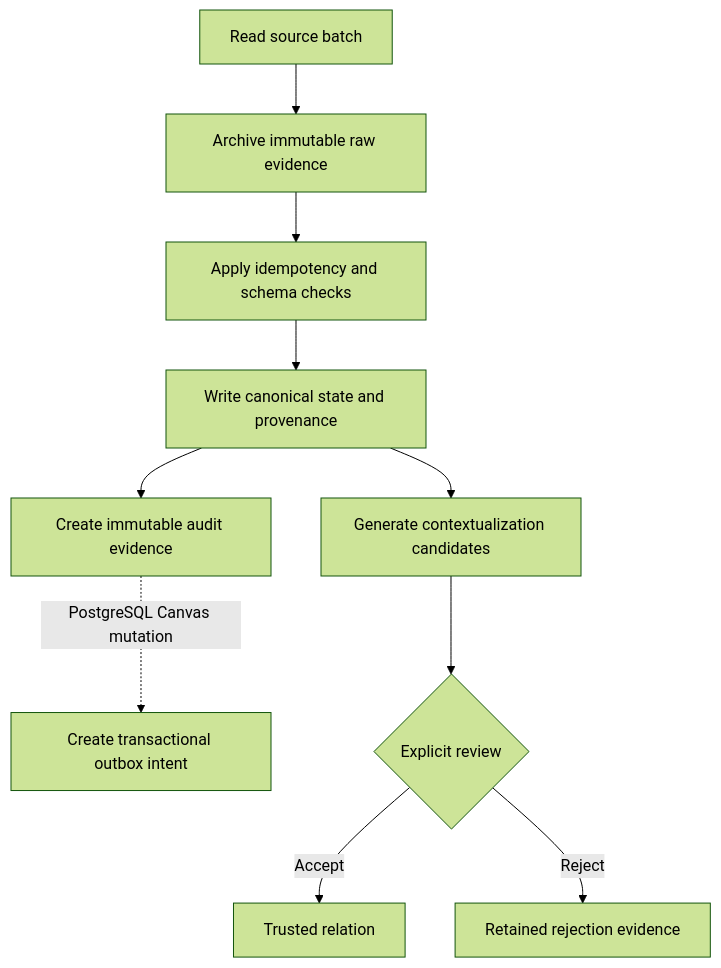
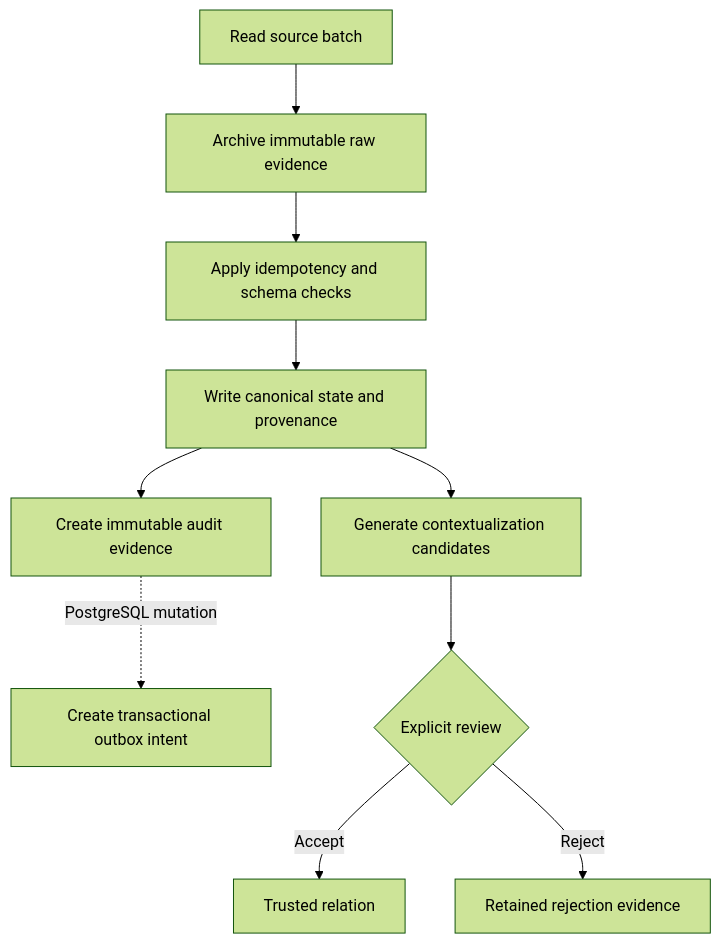
Before and after one commit to HaydernCenterpoint/Open-Data-Fusion: the second of 2 diagrams in README.md, drawn with Mermaid (forest theme). The commit also changed other lines of this file and 60 other files, not shown here.

````diff
--- a/README.md
+++ b/README.md
@@ -143,12 +163,12 @@
 ```mermaid
 flowchart TD
     A[Read source batch] --> B[Archive immutable raw evidence]
     B --> C[Apply idempotency and schema checks]
     C --> D[Write canonical state and provenance]
     D --> E[Create immutable audit evidence]
-    E -. PostgreSQL Canvas mutation .-> J[Create transactional outbox intent]
+    E -. PostgreSQL mutation .-> J[Create transactional outbox intent]
     D --> F[Generate contextualization candidates]
     F --> G{Explicit review}
     G -->|Accept| H[Trusted relation]
     G -->|Reject| I[Retained rejection evidence]
 ```
````
